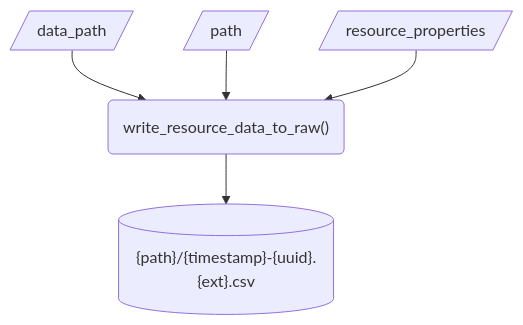
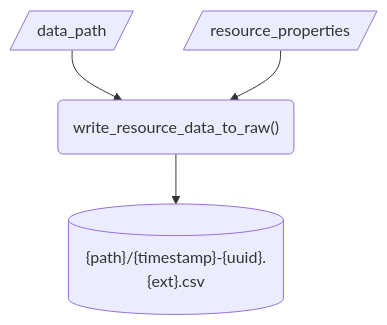
One commit to seedcase-project/seedcase-sprout changed the diagram in docs/design/interface/python-functions.qmd. Above: the diagram before and after it, drawn with Mermaid. The commit also changed other lines of this file, not shown here.

Commit message:
docs: :building_construction: remove path from Mermaid diagram

````diff
--- a/docs/design/interface/python-functions.qmd
+++ b/docs/design/interface/python-functions.qmd
@@ -153,12 +153,10 @@
 ```{mermaid}
 flowchart
     in_data_path[/data_path/]
-    in_path[/path/]
     in_properties[/resource_properties/]
     function("write_resource_data_to_raw()")
     out[("{path}/{timestamp}-{uuid}.{ext}.csv")]
     in_data_path --> function
-    in_path --> function
     in_properties --> function
     function --> out
 ```
````
